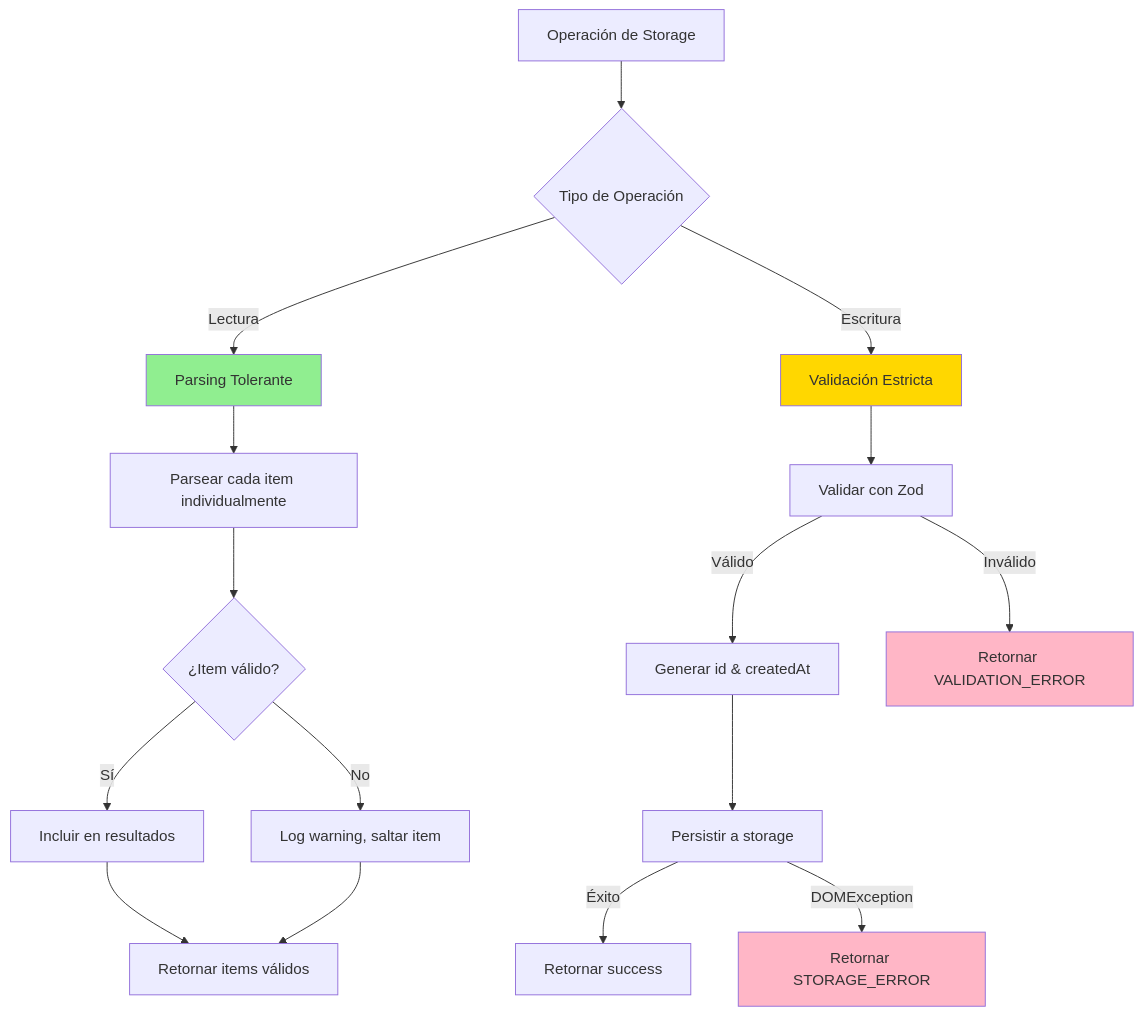
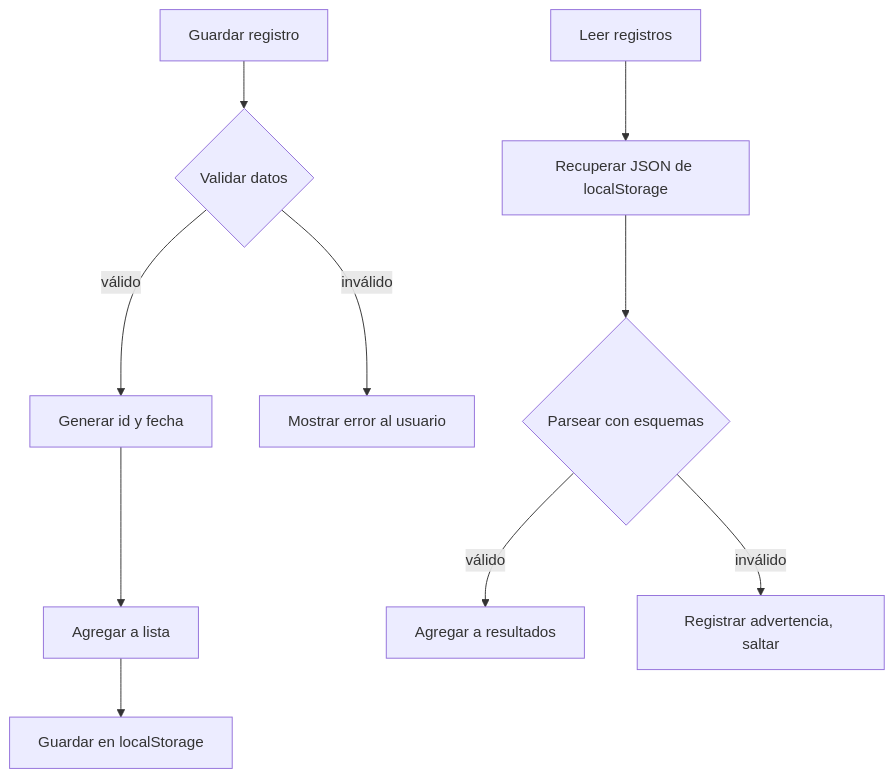
One commit to RadikeCosa/blog-astro changed the diagram in src/content/posts/side-project-nutritional-tracker-4.md. Above: the diagram before and after it, drawn with Mermaid. The commit also changed other lines of this file and 10 other files, not shown here.

````diff
--- a/src/content/posts/side-project-nutritional-tracker-4.md
+++ b/src/content/posts/side-project-nutritional-tracker-4.md
@@ -107,25 +82,13 @@
 ```mermaid
 graph TD
-    A[Operación de Storage] --> B{Tipo de Operación}
-    B -->|Lectura| C[Parsing Tolerante]
-    B -->|Escritura| D[Validación Estricta]
+    A[Guardar registro] --> B{Validar datos}
+    B -- válido --> C[Generar id y fecha]
+    C --> D[Agregar a lista]
+    D --> E[Guardar en localStorage]
+    B -- inválido --> F[Mostrar error al usuario]
 
-    C --> E[Parsear cada item individualmente]
-    E --> F{¿Item válido?}
-    F -->|Sí| G[Incluir en resultados]
-    F -->|No| H[Log warning, saltar item]
-    G --> I[Retornar items válidos]
-    H --> I
-
-    D --> J[Validar con Zod]
-    J -->|Válido| K[Generar id & createdAt]
-    J -->|Inválido| L[Retornar VALIDATION_ERROR]
-    K --> M[Persistir a storage]
-    M -->|Éxito| N[Retornar success]
-    M -->|DOMException| O[Retornar STORAGE_ERROR]
-
-    style C fill:#90EE90
-    style D fill:#FFD700
-    style L fill:#FFB6C6
-    style O fill:#FFB6C6
+    G[Leer registros] --> H[Recuperar JSON de localStorage]
+    H --> I{Parsear con esquemas}
+    I -- válido --> J[Agregar a resultados]
+    I -- inválido --> K[Registrar advertencia, saltar]
 ```
````
